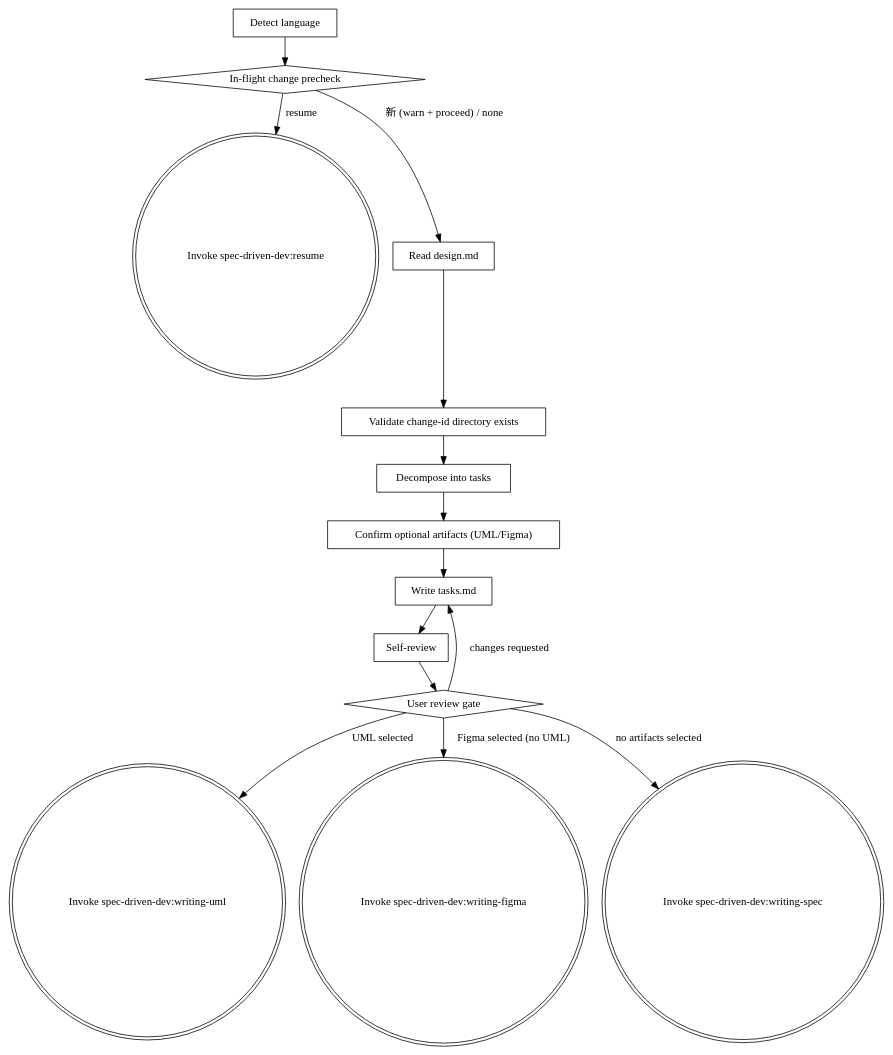
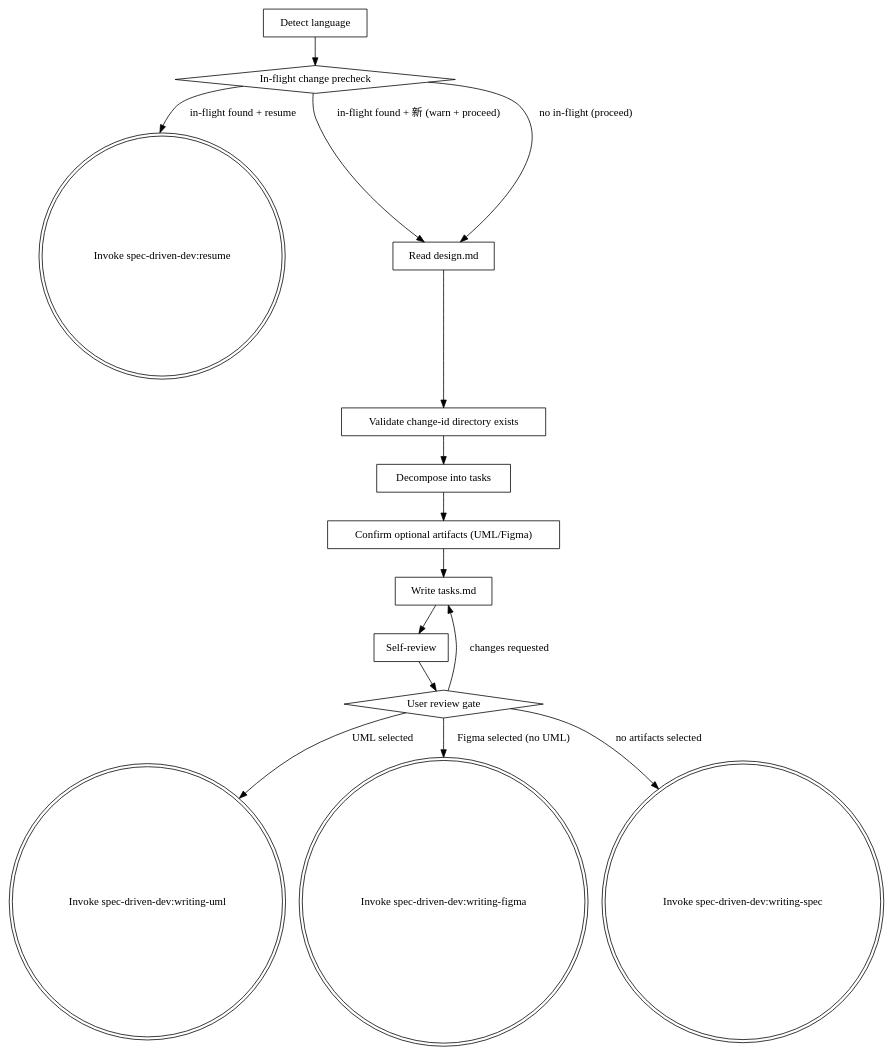
The diagram in plugins/spec-driven-dev/skills/writing-plans/SKILL.md (BIBIOTA/yuki-marketplace), drawn with Graphviz before and after one commit. The commit also changed other lines of this file, not shown here.

First line of the commit message:
docs: renumber writing-plans checklist and split precheck branches

````diff
--- a/plugins/spec-driven-dev/skills/writing-plans/SKILL.md
+++ b/plugins/spec-driven-dev/skills/writing-plans/SKILL.md
@@ -52,33 +56,34 @@
 ```dot
 digraph writing_plans {
     rankdir=TB;
 
     "Detect language" [shape=box];
     "In-flight change precheck" [shape=diamond];
     "Invoke spec-driven-dev:resume" [shape=doublecircle];
     "Read design.md" [shape=box];
     "Validate change-id directory exists" [shape=box];
     "Decompose into tasks" [shape=box];
     "Confirm optional artifacts (UML/Figma)" [shape=box];
     "Write tasks.md" [shape=box];
     "Self-review" [shape=box];
     "User review gate" [shape=diamond];
     "Invoke spec-driven-dev:writing-uml" [shape=doublecircle];
     "Invoke spec-driven-dev:writing-figma" [shape=doublecircle];
     "Invoke spec-driven-dev:writing-spec" [shape=doublecircle];
 
     "Detect language" -> "In-flight change precheck";
-    "In-flight change precheck" -> "Invoke spec-driven-dev:resume" [label="resume"];
-    "In-flight change precheck" -> "Read design.md" [label="新 (warn + proceed) / none"];
+    "In-flight change precheck" -> "Invoke spec-driven-dev:resume" [label="in-flight found + resume"];
+    "In-flight change precheck" -> "Read design.md" [label="in-flight found + 新 (warn + proceed)"];
+    "In-flight change precheck" -> "Read design.md" [label="no in-flight (proceed)"];
     "Read design.md" -> "Validate change-id directory exists";
     "Validate change-id directory exists" -> "Decompose into tasks";
     "Decompose into tasks" -> "Confirm optional artifacts (UML/Figma)";
     "Confirm optional artifacts (UML/Figma)" -> "Write tasks.md";
     "Write tasks.md" -> "Self-review";
     "Self-review" -> "User review gate";
     "User review gate" -> "Write tasks.md" [label="changes requested"];
     "User review gate" -> "Invoke spec-driven-dev:writing-uml" [label="UML selected"];
     "User review gate" -> "Invoke spec-driven-dev:writing-figma" [label="Figma selected (no UML)"];
     "User review gate" -> "Invoke spec-driven-dev:writing-spec" [label="no artifacts selected"];
 }
 ```
````
